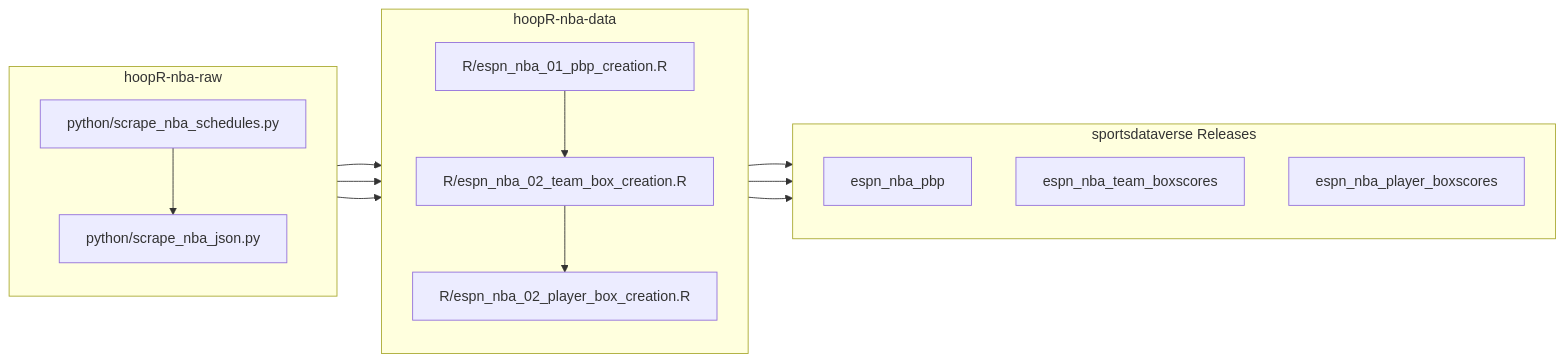
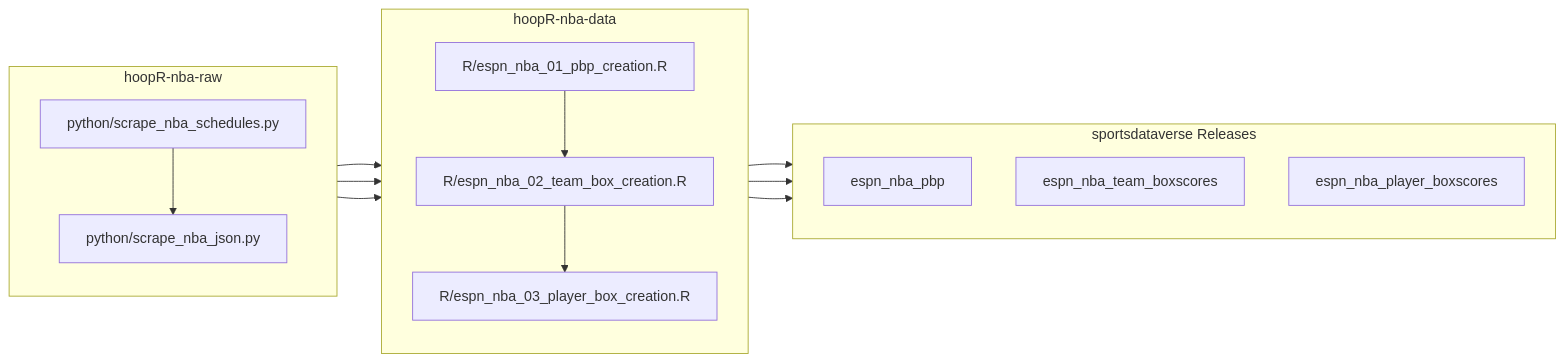
One commit to sportsdataverse/hoopR-nba-raw changed the second of 2 diagrams in README.md. Above: the diagram before and after it, drawn with Mermaid.

Commit message:
second diagram

````diff
--- a/README.md
+++ b/README.md
@@ -12,24 +12,24 @@
 ```mermaid
   graph LR;
+    subgraph "hoopR-nba-raw";
+        direction TB;
+        a1[python/scrape_nba_schedules.py]-->a2[python/scrape_nba_json.py]
+    end;
+    subgraph "hoopR-nba-data";
+        direction TB;
+        b1[R/espn_nba_01_pbp_creation.R]-->b2[R/espn_nba_02_team_box_creation.R]
+        b2[R/espn_nba_02_team_box_creation.R]-->b3[R/espn_nba_02_player_box_creation.R]
+    end;
+    subgraph "sportsdataverse Releases";
+        direction TB;
+        C1[espn_nba_pbp]
+        C2[espn_nba_team_boxscores]
+        C3[espn_nba_player_boxscores]
+    end;
     a2-->b1[R/espn_nba_01_pbp_creation.R];
     a2-->b2[R/espn_nba_02_team_box_creation.R];
     a2-->b3[R/espn_nba_03_player_box_creation.R];
     b1[R/espn_nba_01_pbp_creation.R]-->C1[espn_nba_pbp];
     b2[R/espn_nba_02_team_box_creation.R]-->C2[espn_nba_team_boxscores];
     b3[R/espn_nba_03_player_box_creation.R]-->C3[espn_nba_player_boxscores];
-    subgraph "hoopR-nba-raw";
-    direction TB;
-    a1[python/scrape_nba_schedules.py]-->a2[python/scrape_nba_json.py]
-    end;
-    subgraph "hoopR-nba-data";
-    direction TB;
-    b1[R/espn_nba_01_pbp_creation.R]-->b2[R/espn_nba_02_team_box_creation.R]
-    b2[R/espn_nba_02_team_box_creation.R]-->b3[R/espn_nba_02_player_box_creation.R]
-    end;
-    subgraph "sportsdataverse Releases";
-    direction TB;
-    C1[espn_nba_pbp]
-    C2[espn_nba_team_boxscores]
-    C3[espn_nba_player_boxscores]
-    end;
 ```
````
